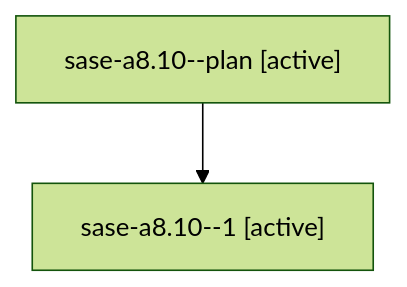
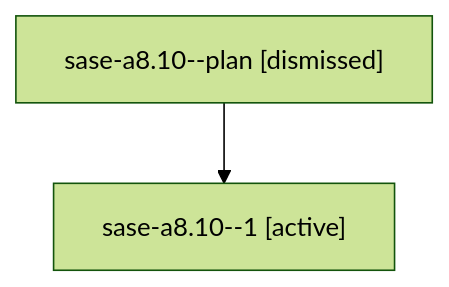
The diagram in sessions/bbugyi200.athena.sase-a8.10.md (sase-org/sase--agents), drawn with Mermaid (forest theme) before and after one commit. The commit also changed other lines of this file and 73 other files, not shown here.

````diff
--- a/sessions/bbugyi200.athena.sase-a8.10.md
+++ b/sessions/bbugyi200.athena.sase-a8.10.md
@@ -9,6 +9,6 @@
 ```mermaid
 flowchart TD
-  n0["sase-a8.10--plan [active]"]
+  n0["sase-a8.10--plan [dismissed]"]
   n1["sase-a8.10--1 [active]"]
   n0 --> n1
 ```
````
